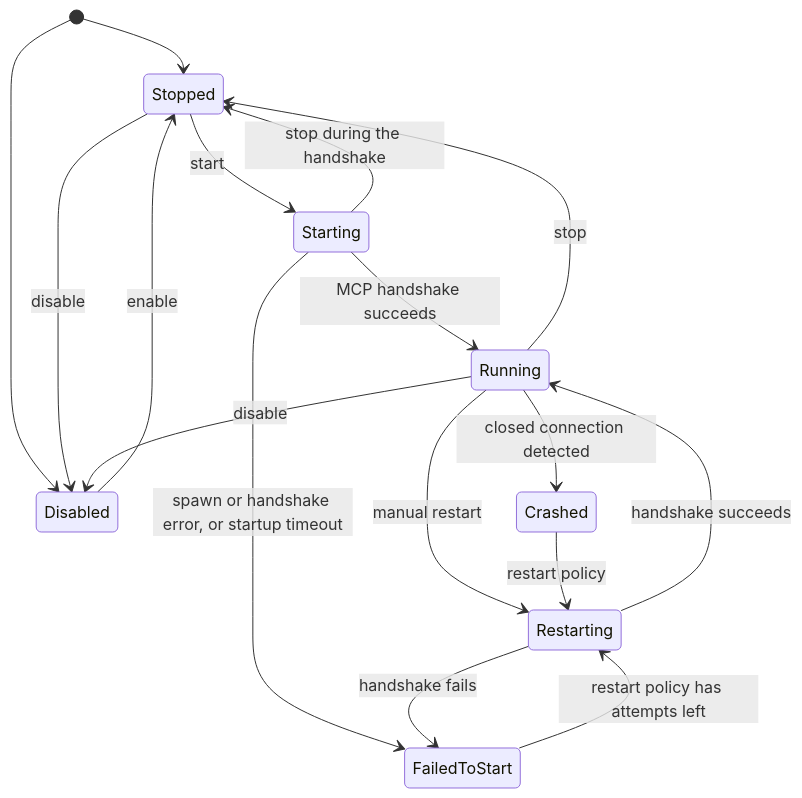
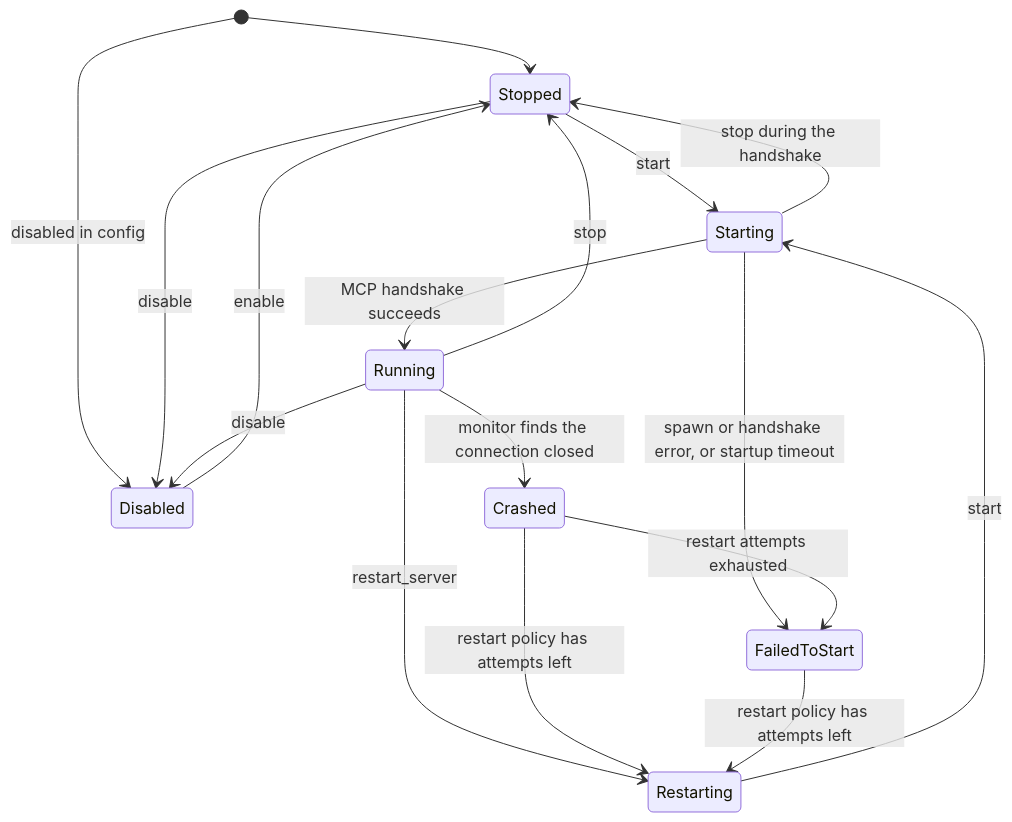
The diagram in docs/official_docs/mcp/manager.md (dux-web/adk-rust), drawn with Mermaid before and after one commit. The commit also changed other lines of this file and 26 other files, not shown here.

````diff
--- a/docs/official_docs/mcp/manager.md
+++ b/docs/official_docs/mcp/manager.md
@@ -13,19 +13,19 @@
 ```mermaid
 stateDiagram-v2
     [*] --> Stopped
-    [*] --> Disabled
+    [*] --> Disabled: disabled in config
     Stopped --> Starting: start
     Starting --> Running: MCP handshake succeeds
     Starting --> FailedToStart: spawn or handshake error, or startup timeout
     Starting --> Stopped: stop during the handshake
     Running --> Stopped: stop
-    Running --> Restarting: manual restart
-    Running --> Crashed: closed connection detected
-    Crashed --> Restarting: restart policy
+    Running --> Restarting: restart_server
+    Running --> Crashed: monitor finds the connection closed
+    Crashed --> Restarting: restart policy has attempts left
     FailedToStart --> Restarting: restart policy has attempts left
-    Restarting --> Running: handshake succeeds
-    Restarting --> FailedToStart: handshake fails
+    Crashed --> FailedToStart: restart attempts exhausted
+    Restarting --> Starting: start
     Disabled --> Stopped: enable
     Stopped --> Disabled: disable
     Running --> Disabled: disable
 ```
````
